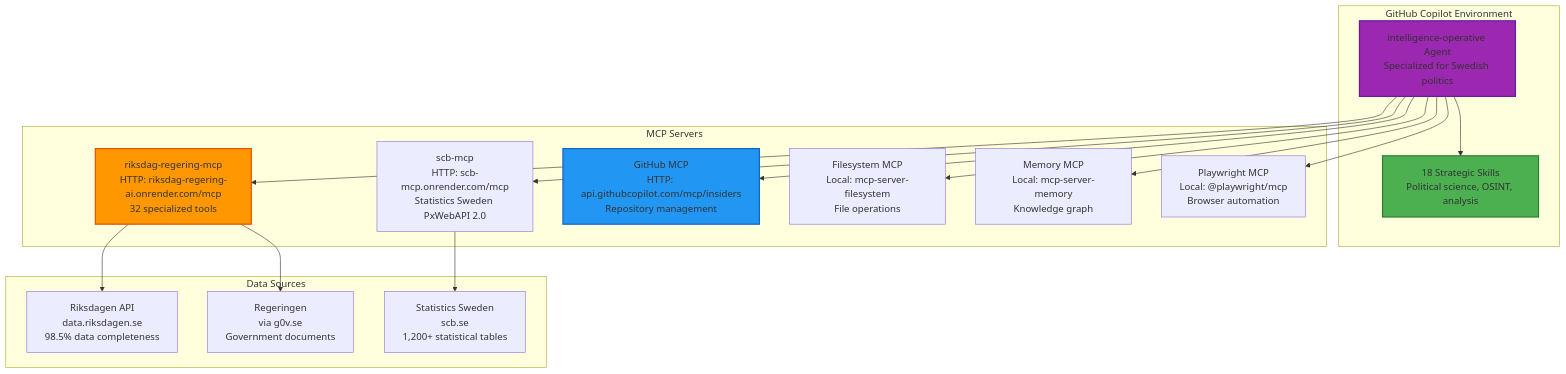
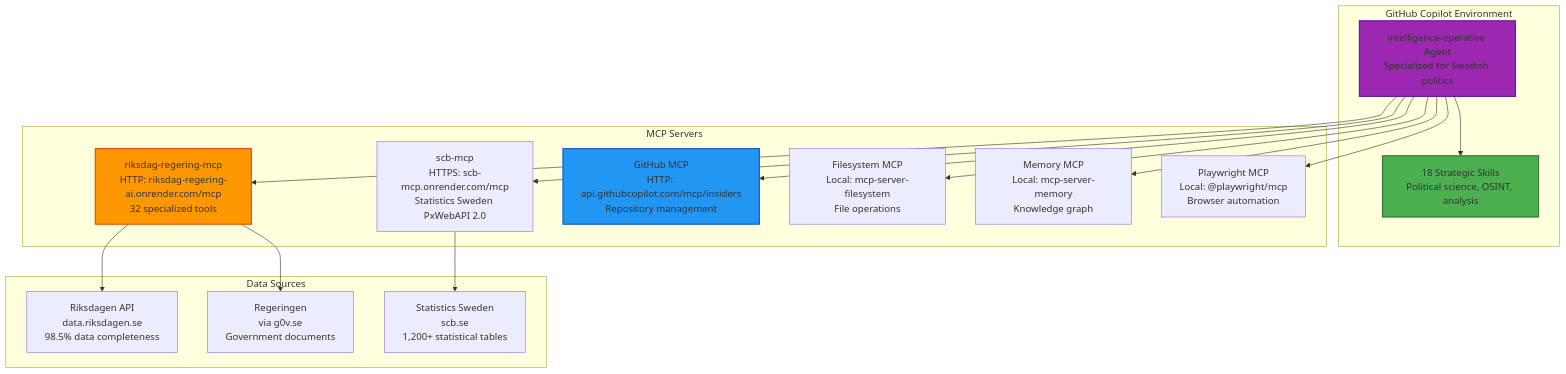
One commit to Hack23/riksdagsmonitor changed diagram 16 of 16 in ARCHITECTURE.md. Above: the diagram before and after it, drawn with Mermaid. The commit also changed other lines of this file, not shown here.

Commit message:
Fix ARCHITECTURE.md: consistent Next Review date, HTTPS in Mermaid diagram

````diff
--- a/ARCHITECTURE.md
+++ b/ARCHITECTURE.md
@@ -1547,39 +1547,39 @@
 ```mermaid
 graph TB
     subgraph "GitHub Copilot Environment"
         Agent[intelligence-operative Agent<br/>Specialized for Swedish politics]
         Skills[18 Strategic Skills<br/>Political science, OSINT, analysis]
     end
     
     subgraph "MCP Servers"
         RR[riksdag-regering-mcp<br/>HTTP: riksdag-regering-ai.onrender.com/mcp<br/>32 specialized tools]
-        SCB[scb-mcp<br/>HTTP: scb-mcp.onrender.com/mcp<br/>Statistics Sweden PxWebAPI 2.0]
+        SCB[scb-mcp<br/>HTTPS: scb-mcp.onrender.com/mcp<br/>Statistics Sweden PxWebAPI 2.0]
         GH[GitHub MCP<br/>HTTP: api.githubcopilot.com/mcp/insiders<br/>Repository management]
         FS[Filesystem MCP<br/>Local: mcp-server-filesystem<br/>File operations]
         Mem[Memory MCP<br/>Local: mcp-server-memory<br/>Knowledge graph]
         PW[Playwright MCP<br/>Local: @playwright/mcp<br/>Browser automation]
     end
     
     subgraph "Data Sources"
         Riksdag[Riksdagen API<br/>data.riksdagen.se<br/>98.5% data completeness]
         Regering[Regeringen<br/>via g0v.se<br/>Government documents]
         SCBData[Statistics Sweden<br/>scb.se<br/>1,200+ statistical tables]
     end
     
     Agent --> Skills
     Agent --> RR
     Agent --> SCB
     Agent --> GH
     Agent --> FS
     Agent --> Mem
     Agent --> PW
     
     RR --> Riksdag
     RR --> Regering
     SCB --> SCBData
     
     style Agent fill:#9c27b0,stroke:#6a1b9a,stroke-width:2px
     style Skills fill:#4caf50,stroke:#2e7d32,stroke-width:2px
     style RR fill:#ff9800,stroke:#e65100,stroke-width:2px
     style GH fill:#2196f3,stroke:#1565c0,stroke-width:2px
 ```
````
